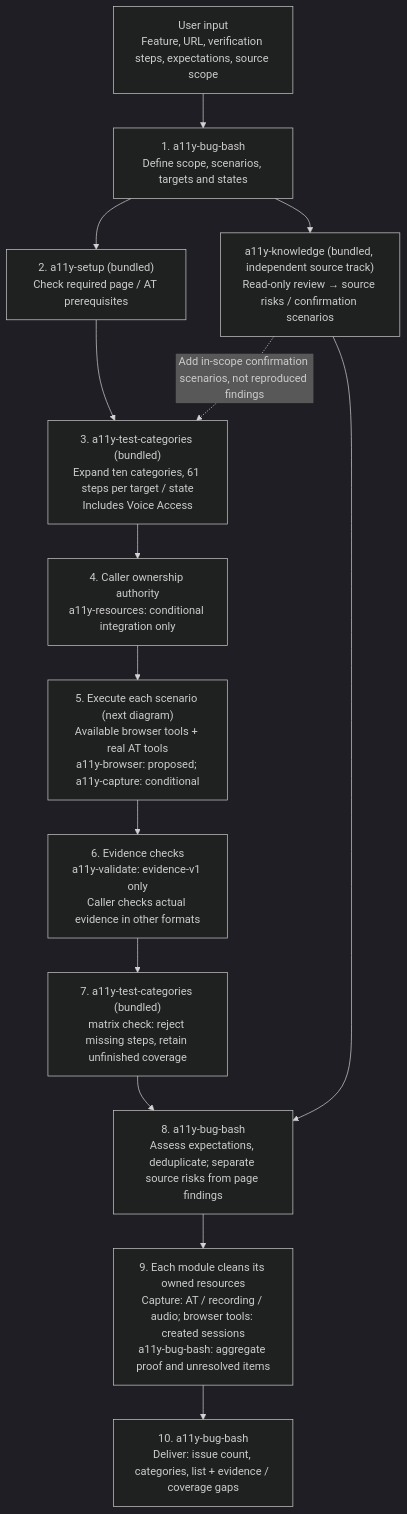
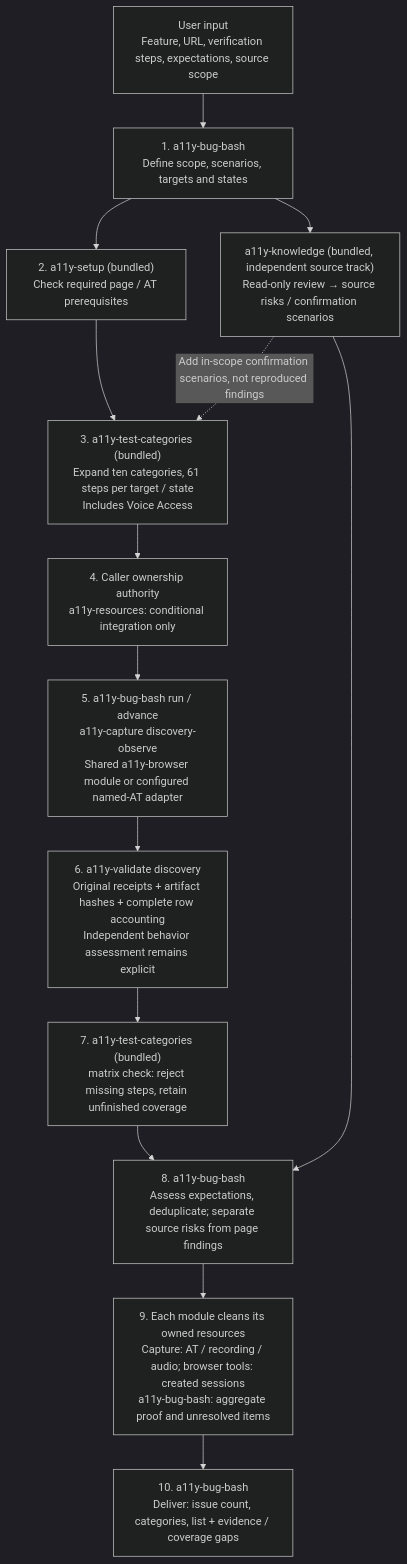
Before and after one commit to kaixun96/dev.A11yAssist: the first of 2 diagrams in docs/BUG-BASH-ARCHITECTURE.md, drawn with Mermaid (dark theme). The commit also changed other lines of this file and 231 other files, not shown here.

First line of the commit message:
Complete durable full-category Bug Bash source workflow

````diff
--- a/docs/BUG-BASH-ARCHITECTURE.md
+++ b/docs/BUG-BASH-ARCHITECTURE.md
@@ -83,20 +87,20 @@
 ```mermaid
 flowchart TD
     U["User input<br/>Feature, URL, verification steps, expectations, source scope"]
     P["1. a11y-bug-bash<br/>Define scope, scenarios, targets and states"]
     S["2. a11y-setup (bundled)<br/>Check required page / AT prerequisites"]
     C["3. a11y-test-categories (bundled)<br/>Expand ten categories, 61 steps per target / state<br/>Includes Voice Access"]
     R["4. Caller ownership authority<br/>a11y-resources: conditional integration only"]
-    E["5. Execute each scenario (next diagram)<br/>Available browser tools + real AT tools<br/>a11y-browser: proposed; a11y-capture: conditional"]
+    E["5. a11y-bug-bash run / advance<br/>a11y-capture discovery-observe<br/>Shared a11y-browser module or configured named-AT adapter"]
     K["a11y-knowledge (bundled, independent source track)<br/>Read-only review → source risks / confirmation scenarios"]
-    V["6. Evidence checks<br/>a11y-validate: evidence-v1 only<br/>Caller checks actual evidence in other formats"]
+    V["6. a11y-validate discovery<br/>Original receipts + artifact hashes + complete row accounting<br/>Independent behavior assessment remains explicit"]
     G["7. a11y-test-categories (bundled)<br/>matrix check: reject missing steps, retain unfinished coverage"]
     A["8. a11y-bug-bash<br/>Assess expectations, deduplicate; separate source risks from page findings"]
     O["9. Each module cleans its owned resources<br/>Capture: AT / recording / audio; browser tools: created sessions<br/>a11y-bug-bash: aggregate proof and unresolved items"]
     F["10. a11y-bug-bash<br/>Deliver: issue count, categories, list + evidence / coverage gaps"]
     U --> P
     P --> S --> C --> R --> E --> V --> G --> A --> O --> F
     P --> K
     K --> A
     K -. "Add in-scope confirmation scenarios, not reproduced findings" .-> C
 ```
````
